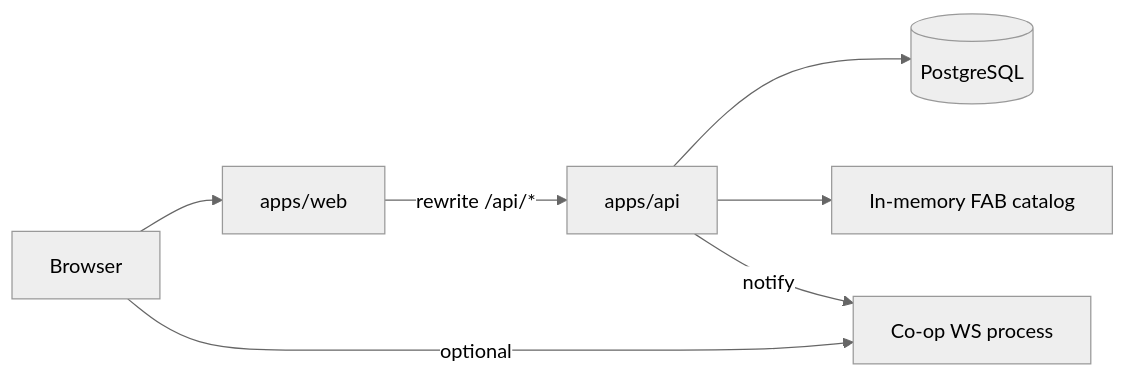
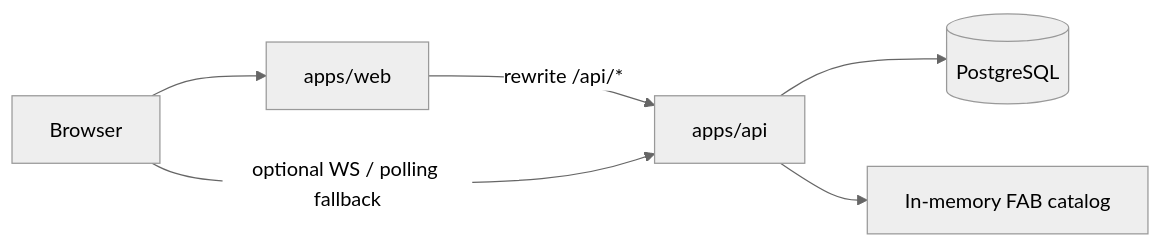
Before and after one commit to maurisouto/guess-a-card-any-card: the diagram in docs/ARCHITECTURE.md, drawn with Mermaid (neutral theme). The commit also changed other lines of this file and 11 other files, not shown here.

````diff
--- a/docs/ARCHITECTURE.md
+++ b/docs/ARCHITECTURE.md
@@ -21,9 +21,8 @@
 ```mermaid
 flowchart LR
   Browser --> Next["apps/web"]
   Next -->|"rewrite /api/*"| Hono["apps/api"]
   Hono --> PG[(PostgreSQL)]
   Hono --> Catalog["In-memory FAB catalog"]
-  Browser -->|"optional"| WS["Co-op WS process"]
-  Hono -->|"notify"| WS
+  Browser -->|"optional WS / polling fallback"| Hono
 ```
````
